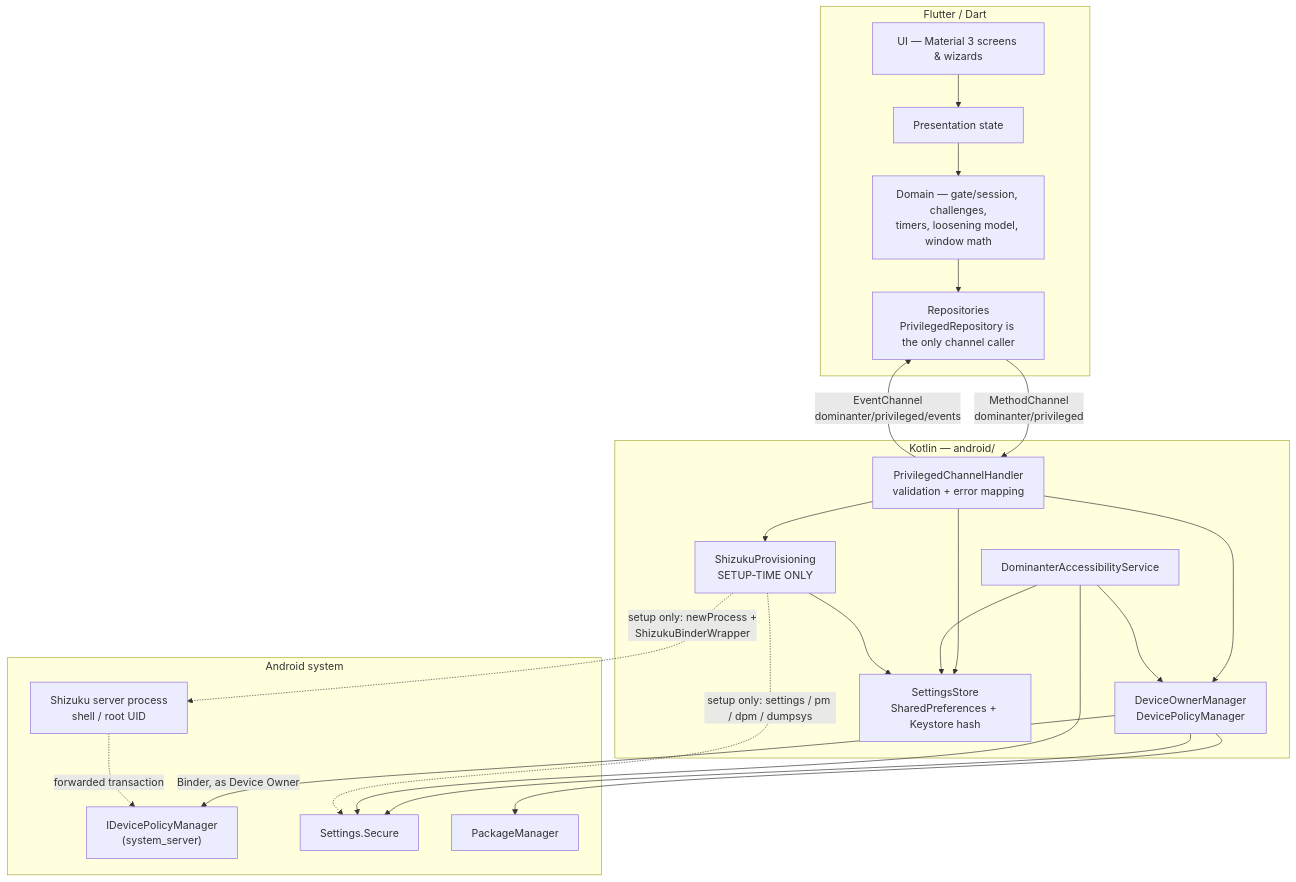
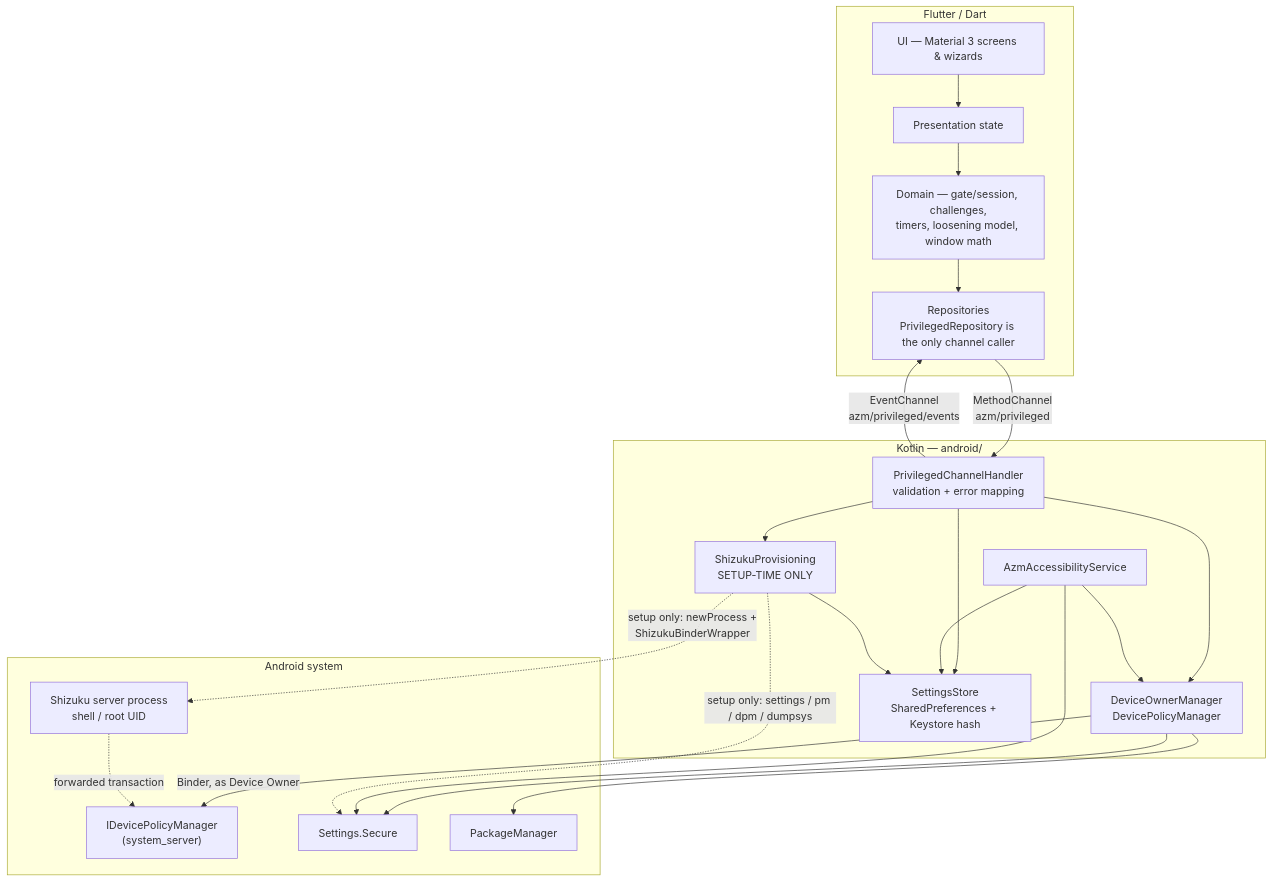
Before and after one commit to alnajashia/azm: the diagram in docs/ARCHITECTURE.md, drawn with Mermaid. The commit also changed other lines of this file and 3 other files, not shown here.

````diff
--- a/docs/ARCHITECTURE.md
+++ b/docs/ARCHITECTURE.md
@@ -238,42 +238,42 @@
 ```mermaid
 flowchart TB
     subgraph Dart["Flutter / Dart"]
         UI["UI — Material 3 screens & wizards"]
         Pres["Presentation state"]
         Domain["Domain — gate/session, challenges,<br/>timers, loosening model, window math"]
         Repos["Repositories<br/>PrivilegedRepository is the only channel caller"]
         UI --> Pres --> Domain --> Repos
     end
 
-    Repos -->|"MethodChannel<br/>dominanter/privileged"| Handler
-    Handler -->|"EventChannel<br/>dominanter/privileged/events"| Repos
+    Repos -->|"MethodChannel<br/>azm/privileged"| Handler
+    Handler -->|"EventChannel<br/>azm/privileged/events"| Repos
 
     subgraph Kotlin["Kotlin — android/"]
         Handler["PrivilegedChannelHandler<br/>validation + error mapping"]
         Prov["ShizukuProvisioning<br/>SETUP-TIME ONLY"]
         Dom["DeviceOwnerManager<br/>DevicePolicyManager"]
         Store["SettingsStore<br/>SharedPreferences + Keystore hash"]
-        A11y["DominanterAccessibilityService"]
+        A11y["AzmAccessibilityService"]
         Handler --> Prov
         Handler --> Dom
         Handler --> Store
         A11y --> Store
         A11y --> Dom
         Prov --> Store
     end
 
     subgraph System["Android system"]
         DPM["IDevicePolicyManager<br/>(system_server)"]
         Secure["Settings.Secure"]
         PM["PackageManager"]
         ShizukuSrv["Shizuku server process<br/>shell / root UID"]
     end
 
     Dom -->|Binder, as Device Owner| DPM
     Dom --> Secure
     Dom --> PM
     A11y --> Secure
     Prov -.->|"setup only: newProcess +<br/>ShizukuBinderWrapper"| ShizukuSrv
     ShizukuSrv -.->|forwarded transaction| DPM
     Prov -.->|"setup only: settings / pm / dpm / dumpsys"| Secure
 ```
````
